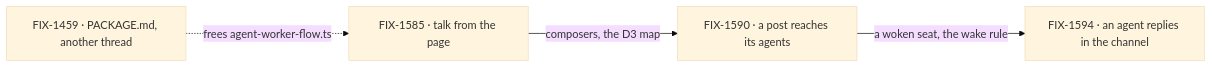
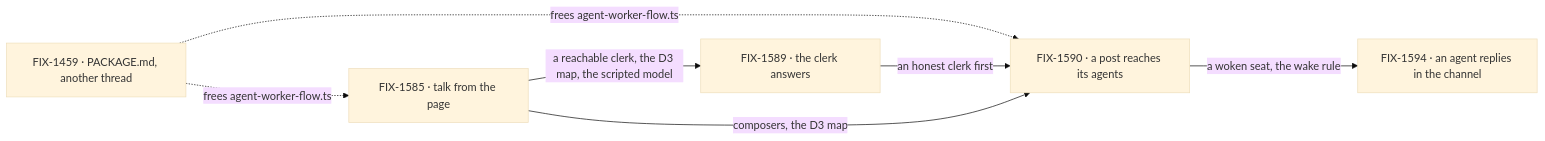
The second of 2 diagrams in specs/epics/FIX-1592/SPEC.md (fixpoint-labs/flow-state-dev), drawn with Mermaid (base theme) before and after one commit. The commit also changed other lines of this file and 8 other files, not shown here.

````diff
--- a/specs/epics/FIX-1592/SPEC.md
+++ b/specs/epics/FIX-1592/SPEC.md
@@ -62,6 +92,9 @@
 ```mermaid
 flowchart LR
   I["FIX-1459 · PACKAGE.md, another thread"] -.->|"frees agent-worker-flow.ts"| A
-  A["FIX-1585 · talk from the page"] -->|"composers, the D3 map"| B["FIX-1590 · a post reaches its agents"]
+  I -.->|"frees agent-worker-flow.ts"| B
+  A["FIX-1585 · talk from the page"] -->|"a reachable clerk, the D3 map, the scripted model"| D["FIX-1589 · the clerk answers"]
+  D -->|"an honest clerk first"| B["FIX-1590 · a post reaches its agents"]
+  A -->|"composers, the D3 map"| B
   B -->|"a woken seat, the wake rule"| C["FIX-1594 · an agent replies in the channel"]
 ```
````
